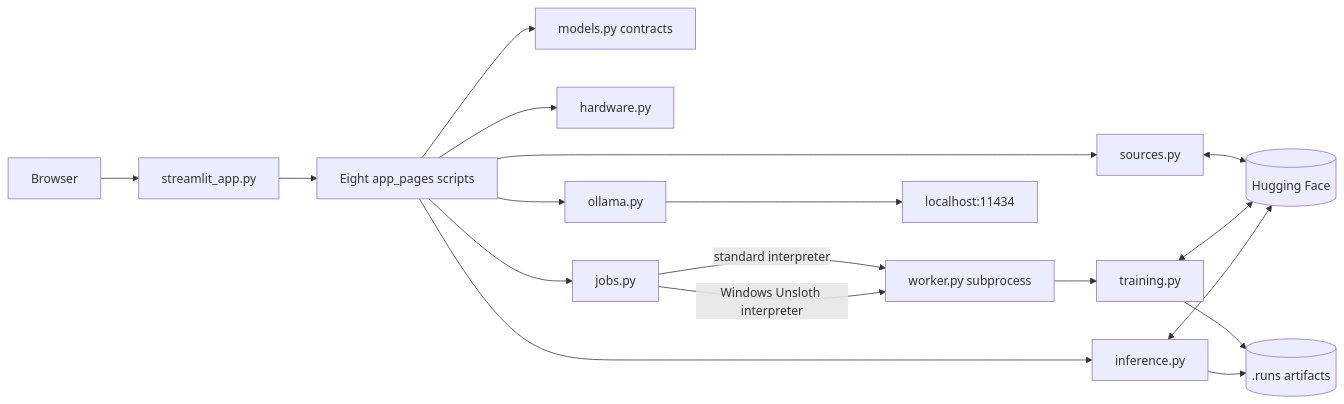
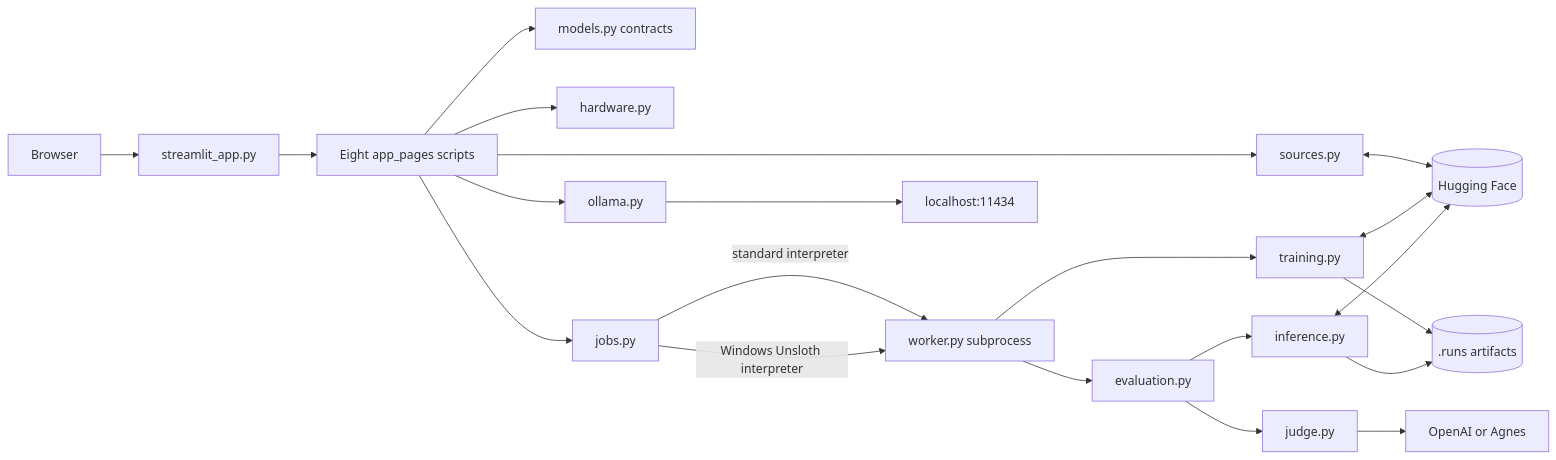
One commit to pypi-ahmad/lora-qlora-fine-tuning-app changed the first of 3 diagrams in TECHNICAL.md. Above: the diagram before and after it, drawn with Mermaid. The commit also changed other lines of this file and 24 other files, not shown here.

````diff
--- a/TECHNICAL.md
+++ b/TECHNICAL.md
@@ -106,20 +107,23 @@
 ```mermaid
 flowchart LR
     User[Browser] --> Entry[streamlit_app.py]
     Entry --> Pages[Eight app_pages scripts]
     Pages --> Contracts[models.py contracts]
     Pages --> Sources[sources.py]
     Pages --> Hardware[hardware.py]
     Pages --> Jobs[jobs.py]
     Jobs -->|standard interpreter| Worker[worker.py subprocess]
     Jobs -->|Windows Unsloth interpreter| Worker
     Worker --> Training[training.py]
     Sources <--> HF[(Hugging Face)]
     Training <--> HF
     Training --> Runs[(.runs artifacts)]
-    Pages --> Inference[inference.py]
+    Worker --> Evaluation[evaluation.py]
+    Evaluation --> Inference[inference.py]
+    Evaluation --> Judge[judge.py]
     Inference --> Runs
     Inference <--> HF
+    Judge --> Providers[OpenAI or Agnes]
     Pages --> Ollama[ollama.py]
     Ollama --> LocalOllama[localhost:11434]
 ```
````
